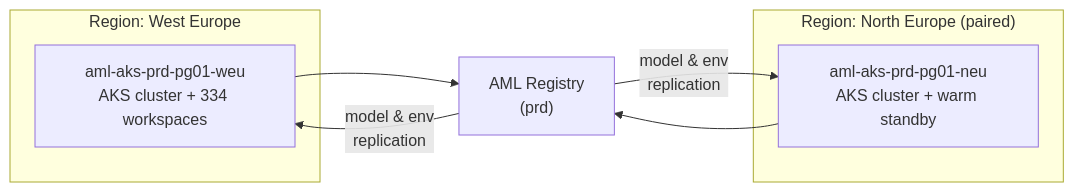
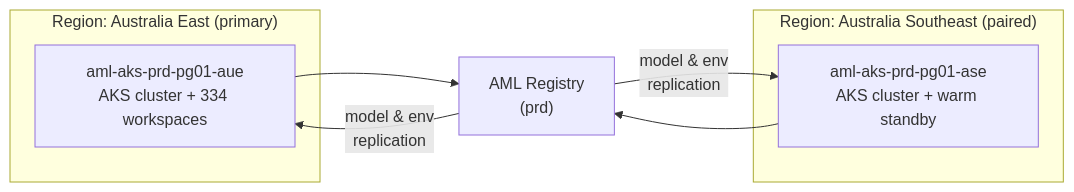
The fourth of 5 diagrams in docs/AML-AKS-ScaleOut-Architecture.md (aaronswebs/AMLArchitecture), drawn with Mermaid before and after one commit. The commit also changed other lines of this file and 5 other files, not shown here.

````diff
--- a/docs/AML-AKS-ScaleOut-Architecture.md
+++ b/docs/AML-AKS-ScaleOut-Architecture.md
@@ -378,14 +379,14 @@
 ```mermaid
 flowchart LR
-    subgraph WEU["Region: West Europe"]
-        WEU_PG["aml-aks-prd-pg01-weu<br/>AKS cluster + 334 workspaces"]
+    subgraph AUE["Region: Australia East (primary)"]
+        AUE_PG["aml-aks-prd-pg01-aue<br/>AKS cluster + 334 workspaces"]
     end
-    subgraph NEU["Region: North Europe (paired)"]
-        NEU_PG["aml-aks-prd-pg01-neu<br/>AKS cluster + warm standby"]
+    subgraph ASE["Region: Australia Southeast (paired)"]
+        ASE_PG["aml-aks-prd-pg01-ase<br/>AKS cluster + warm standby"]
     end
     REG["AML Registry<br/>(prd)"]
-    WEU_PG --> REG
-    NEU_PG --> REG
-    REG -- "model & env<br/>replication" --> WEU_PG
-    REG -- "model & env<br/>replication" --> NEU_PG
+    AUE_PG --> REG
+    ASE_PG --> REG
+    REG -- "model & env<br/>replication" --> AUE_PG
+    REG -- "model & env<br/>replication" --> ASE_PG
 ```
````
